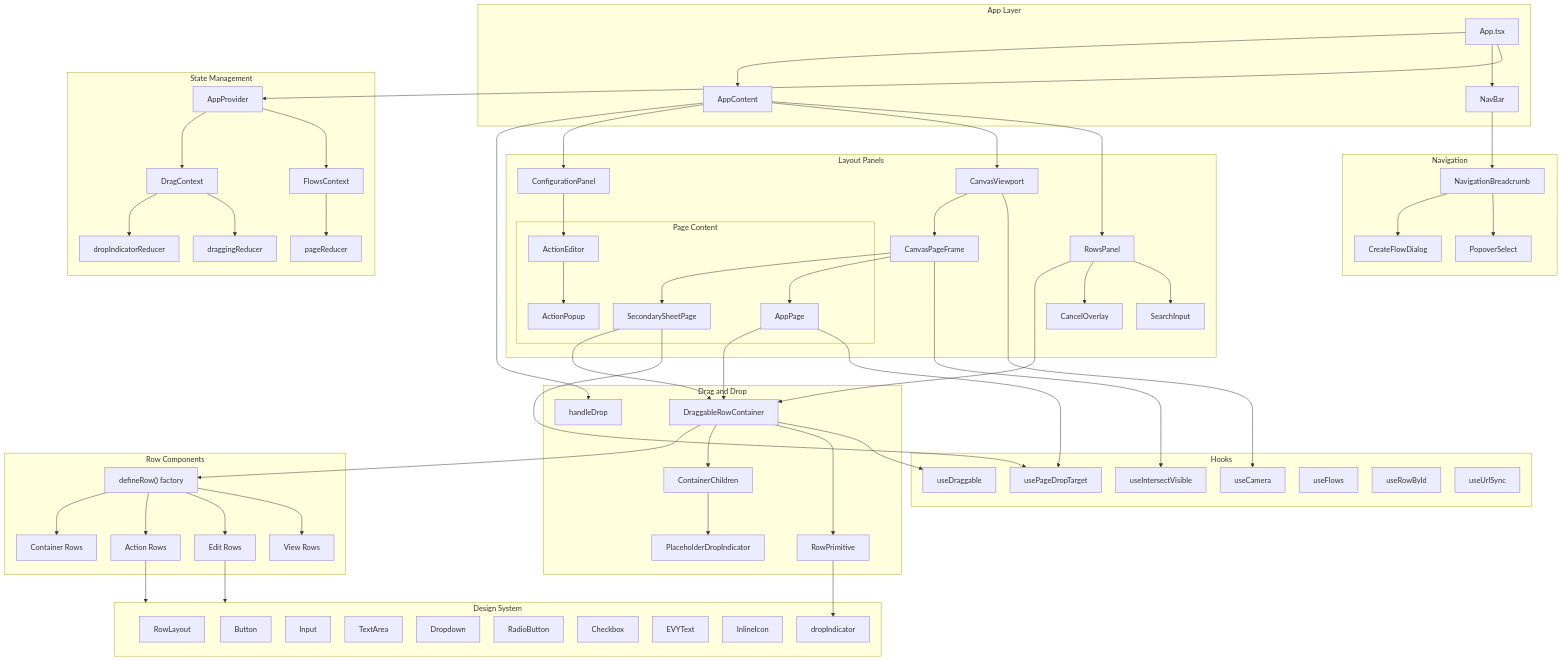
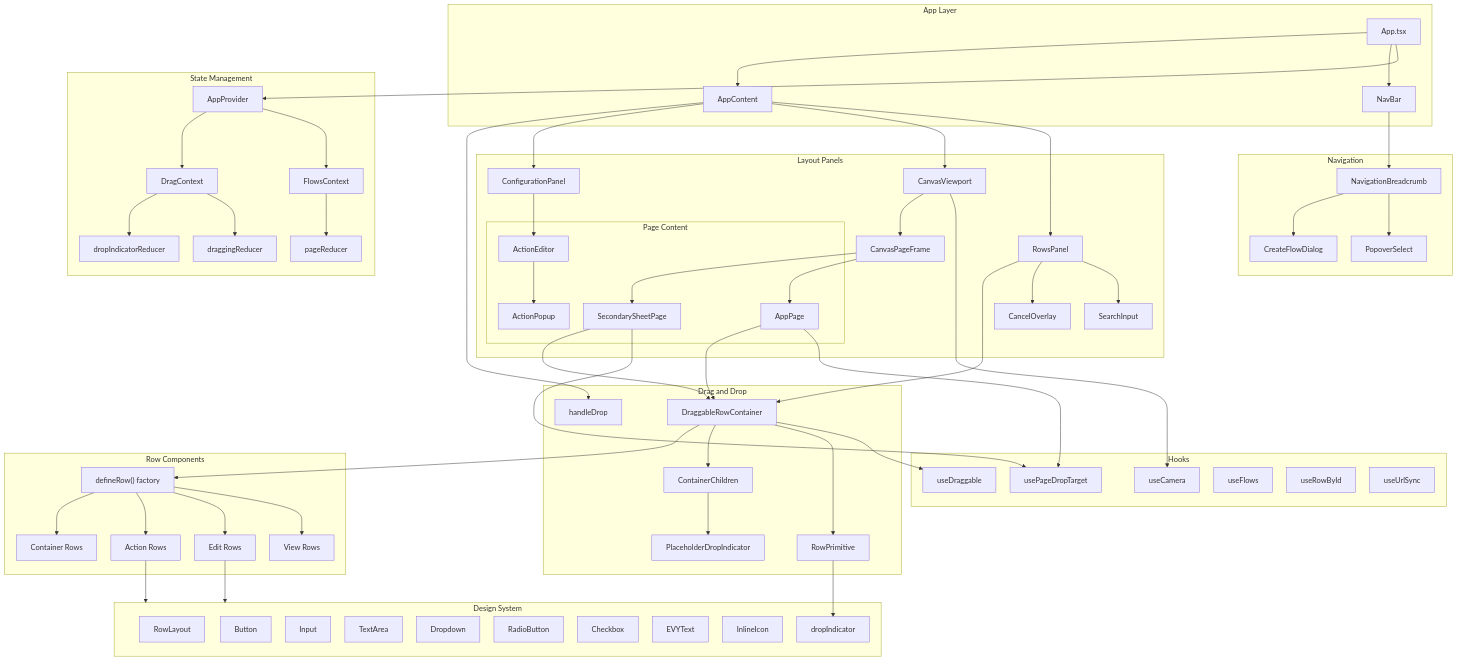
One commit to EVY-Platform/evy changed the diagram in web/README.md. Above: the diagram before and after it, drawn with Mermaid. The commit also changed 3 other files, not shown here.

```diff
--- a/web/README.md
+++ b/web/README.md
@@ -48,7 +48,6 @@
 
     subgraph hooks [Hooks]
         useCamera[useCamera]
-        useIntersectVisible[useIntersectVisible]
         usePageDropTarget[usePageDropTarget]
         useDraggable[useDraggable]
         useFlows[useFlows]
@@ -109,7 +108,6 @@
 
     CanvasViewport --> useCamera
     CanvasViewport --> CanvasPageFrame
-    CanvasPageFrame --> useIntersectVisible
     CanvasPageFrame --> AppPage
     CanvasPageFrame --> SecondarySheetPage
 
```
